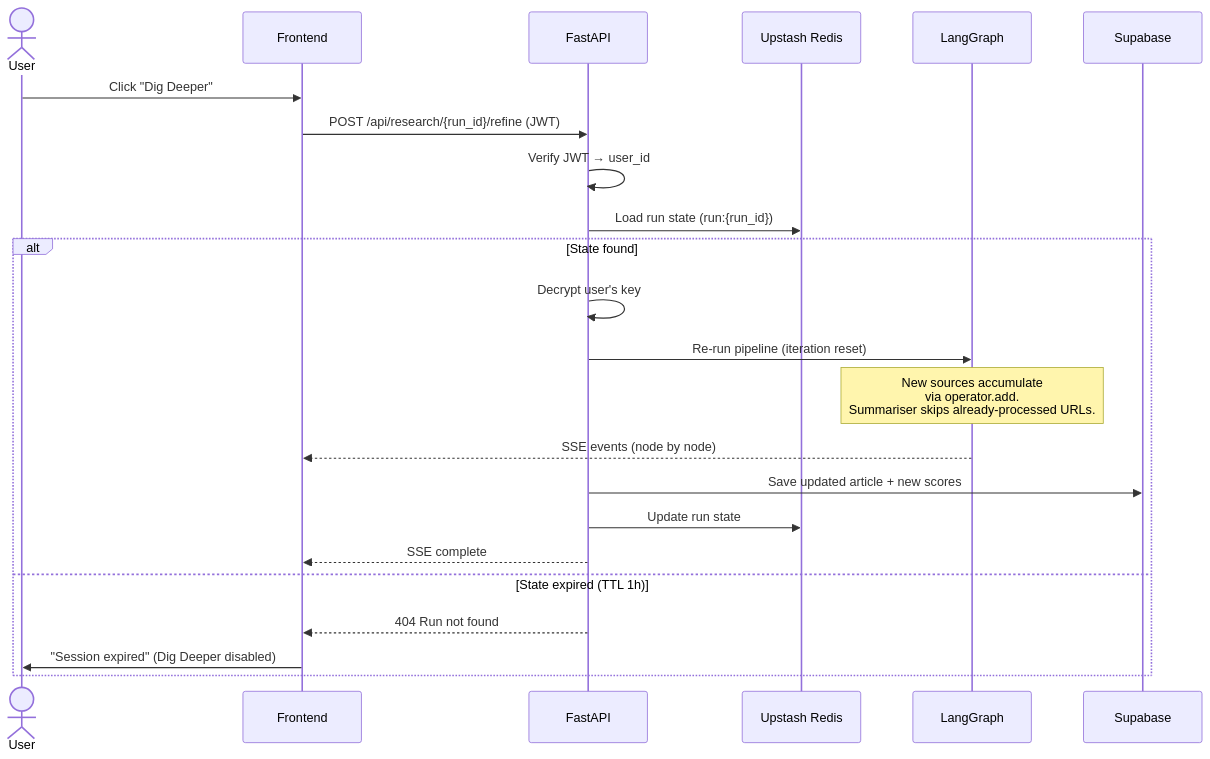
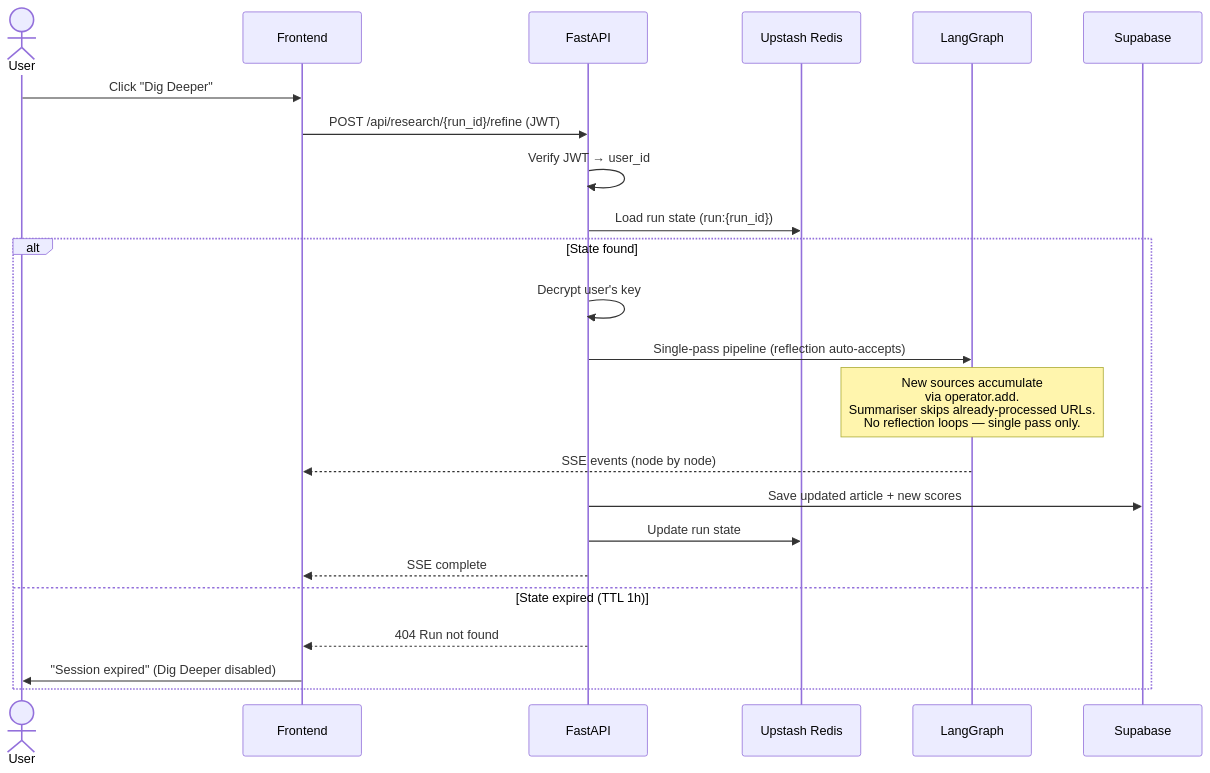
Before and after one commit to valyndsilva/lumen: the sixth of 7 diagrams in README.md, drawn with Mermaid. The commit also changed other lines of this file, not shown here.

````diff
--- a/README.md
+++ b/README.md
@@ -474,30 +486,30 @@
 ```mermaid
 sequenceDiagram
     actor User
     participant FE as Frontend
     participant API as FastAPI
     participant Redis as Upstash Redis
     participant Graph as LangGraph
     participant DB as Supabase
 
     User->>FE: Click "Dig Deeper"
     FE->>API: POST /api/research/{run_id}/refine (JWT)
 
     API->>API: Verify JWT → user_id
     API->>Redis: Load run state (run:{run_id})
 
     alt State found
         API->>API: Decrypt user's key
-        API->>Graph: Re-run pipeline (iteration reset)
+        API->>Graph: Single-pass pipeline (reflection auto-accepts)
 
-        Note over Graph: New sources accumulate<br/>via operator.add.<br/>Summariser skips already-processed URLs.
+        Note over Graph: New sources accumulate<br/>via operator.add.<br/>Summariser skips already-processed URLs.<br/>No reflection loops — single pass only.
 
         Graph-->>FE: SSE events (node by node)
         API->>DB: Save updated article + new scores
         API->>Redis: Update run state
         API-->>FE: SSE complete
     else State expired (TTL 1h)
         API-->>FE: 404 Run not found
         FE->>User: "Session expired" (Dig Deeper disabled)
     end
 ```
````
